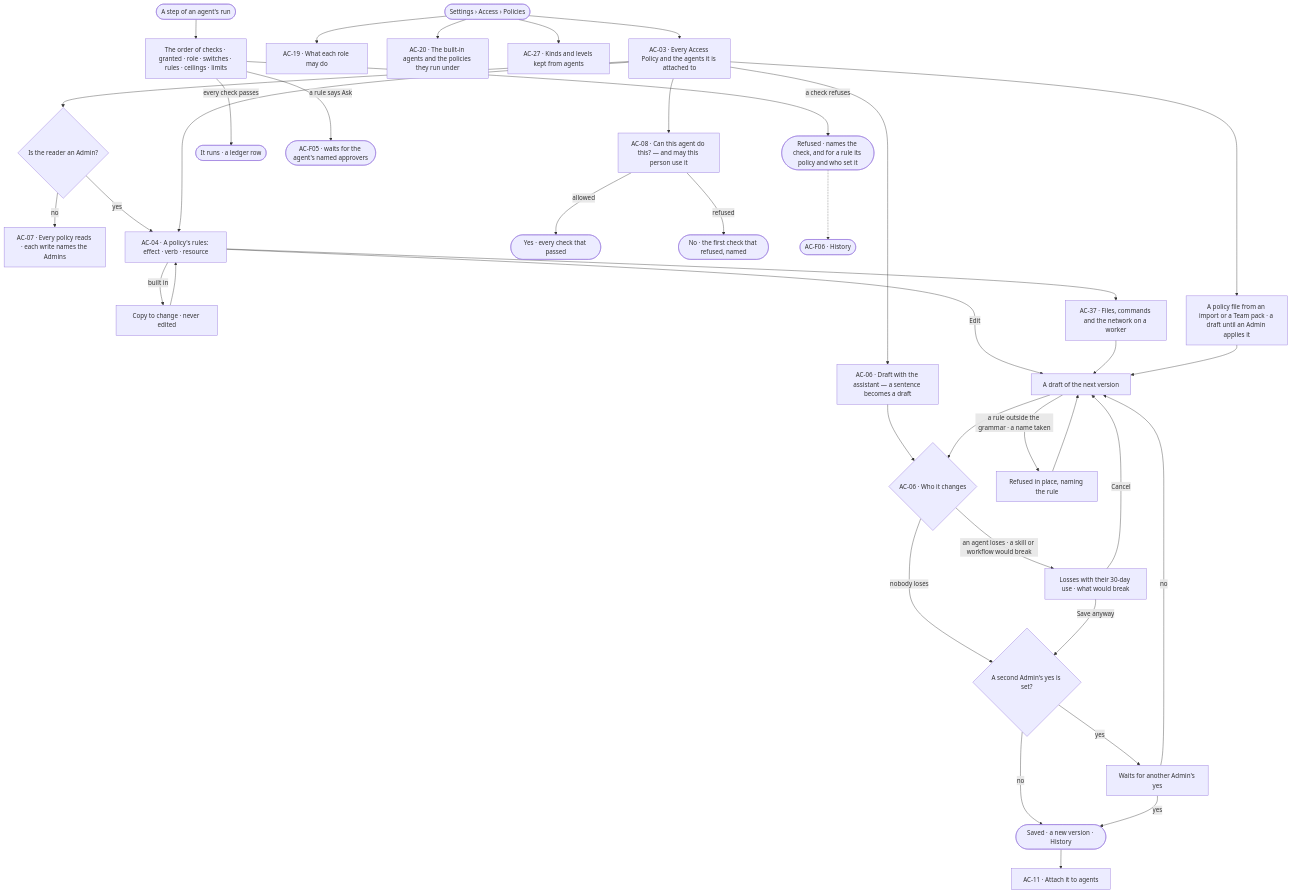
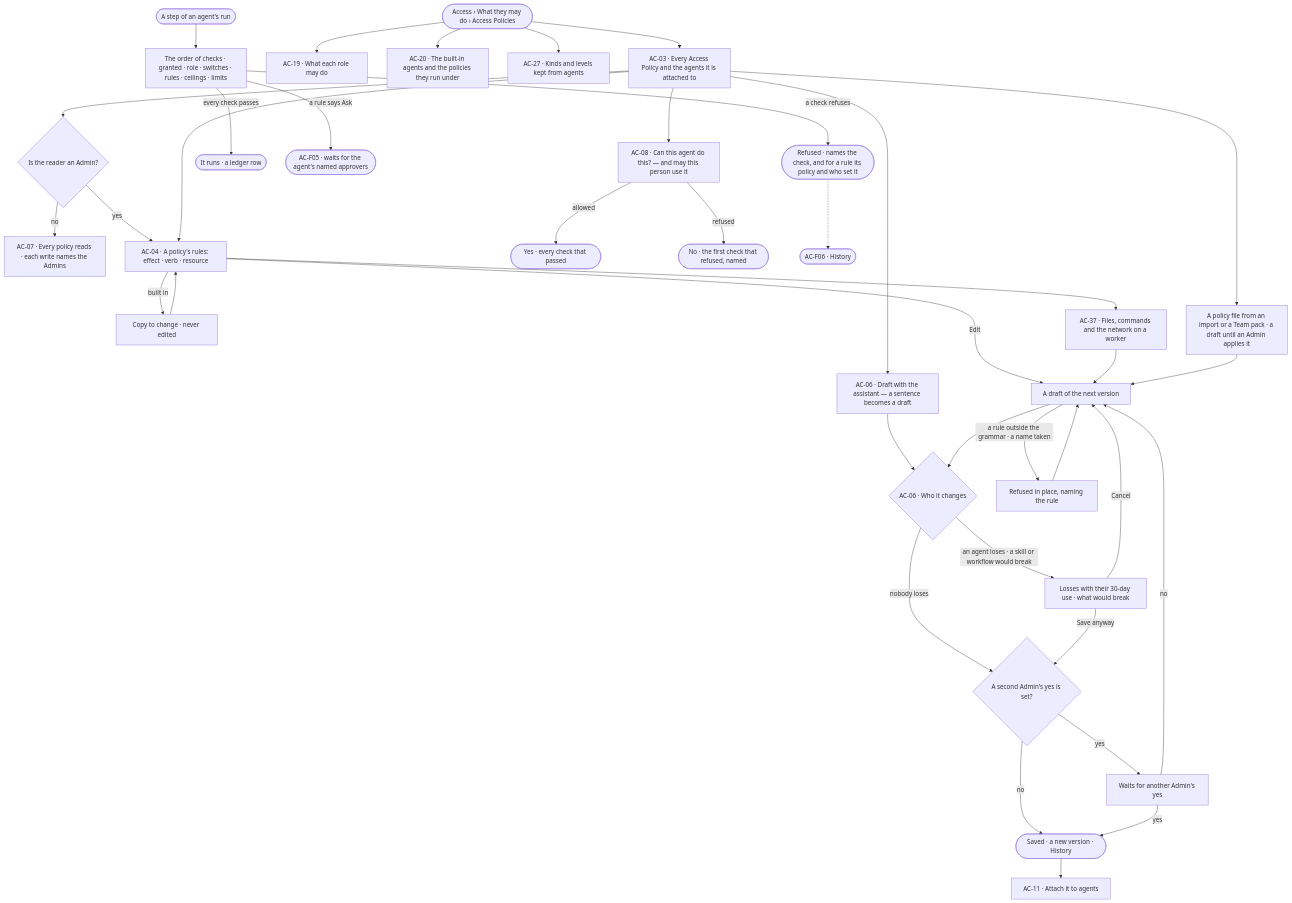
Before and after one commit to invana/invana: the first of 2 diagrams in specs/os/access/features/AC-F02-access-policies/feature.md, drawn with Mermaid. The commit also changed other lines of this file and 133 other files, not shown here.

````diff
--- a/specs/os/access/features/AC-F02-access-policies/feature.md
+++ b/specs/os/access/features/AC-F02-access-policies/feature.md
@@ -29,39 +29,39 @@
 ```mermaid
 flowchart TD
-  start([Settings › Access › Policies]) --> list["AC-03 · Every Access Policy and the agents it is attached to"]
+  start([Access › What they may do › Access Policies]) --> list["AC-03 · Every Access Policy and the agents it is attached to"]
   list --> who{"Is the reader an Admin?"}
   who -->|no| ro["AC-07 · Every policy reads · each write names the Admins"]
   who -->|yes| open["AC-04 · A policy's rules: effect · verb · resource"]
   list --> open
   open -->|built in| copy["Copy to change · never edited"] --> open
   open --> wk["AC-37 · Files, commands and the network on a worker"]
   list --> draft["AC-06 · Draft with the assistant — a sentence becomes a draft"]
   list --> imp0["A policy file from an import or a Team pack · a draft until an Admin applies it"]
   open -->|Edit| edit["A draft of the next version"]
   wk --> edit
   imp0 --> edit
   draft --> imp{"AC-06 · Who it changes"}
   edit --> imp
   imp -->|nobody loses| sv{"A second Admin's yes is set?"}
   imp -->|an agent loses · a skill or workflow would break| warn["Losses with their 30-day use · what would break"]
   warn -->|Save anyway| sv
   warn -->|Cancel| edit
   sv -->|no| save(["Saved · a new version · History"])
   sv -->|yes| two["Waits for another Admin's yes"]
   two -->|yes| save
   two -->|no| edit
   edit -->|a rule outside the grammar · a name taken| ref["Refused in place, naming the rule"]
   ref --> edit
   save --> att["AC-11 · Attach it to agents"]
   list --> chk["AC-08 · Can this agent do this? — and may this person use it"]
   chk -->|allowed| yes(["Yes · every check that passed"])
   chk -->|refused| no(["No · the first check that refused, named"])
   start --> roles["AC-19 · What each role may do"]
   start --> bi["AC-20 · The built-in agents and the policies they run under"]
   start --> kept["AC-27 · Kinds and levels kept from agents"]
   run([A step of an agent's run]) --> order["The order of checks · granted · role · switches · rules · ceilings · limits"]
   order -->|every check passes| go(["It runs · a ledger row"])
   order -->|a rule says Ask| askf(["AC-F05 · waits for the agent's named approvers"])
   order -->|a check refuses| blk(["Refused · names the check, and for a rule its policy and who set it"])
   blk -.-> hist(["AC-F06 · History"])
 ```
````
